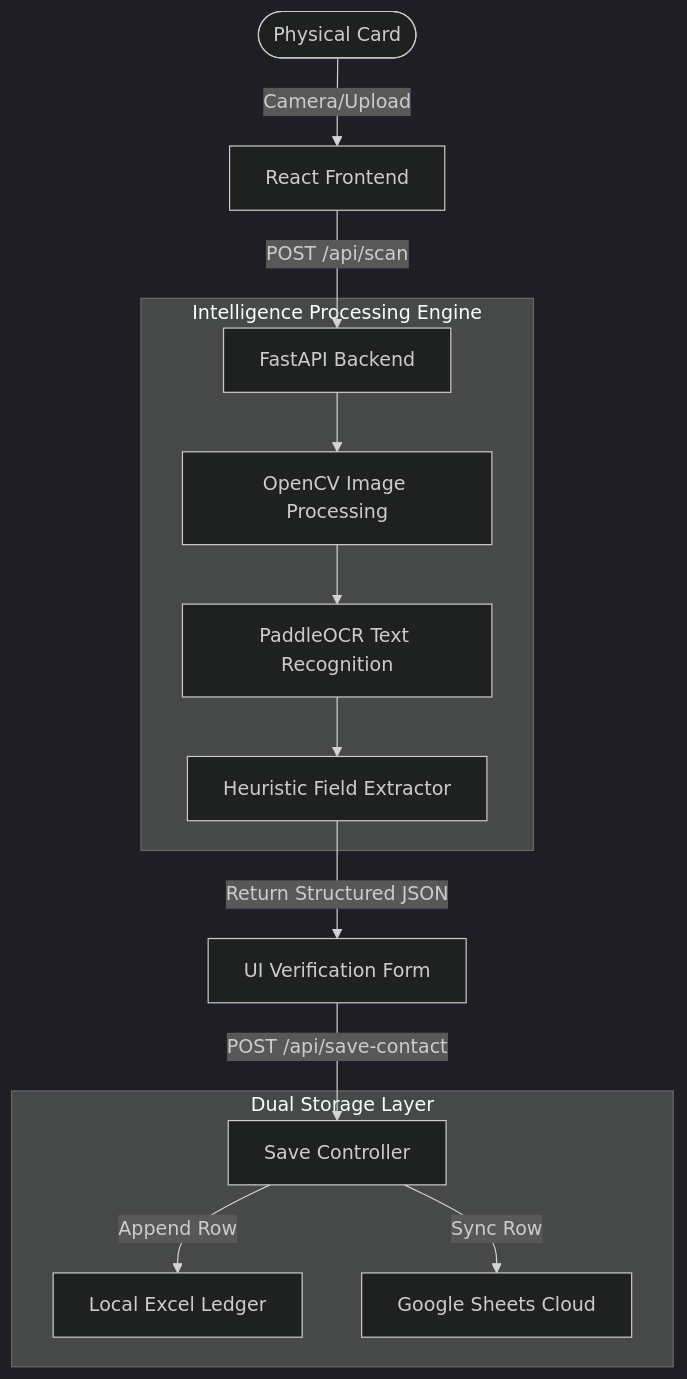
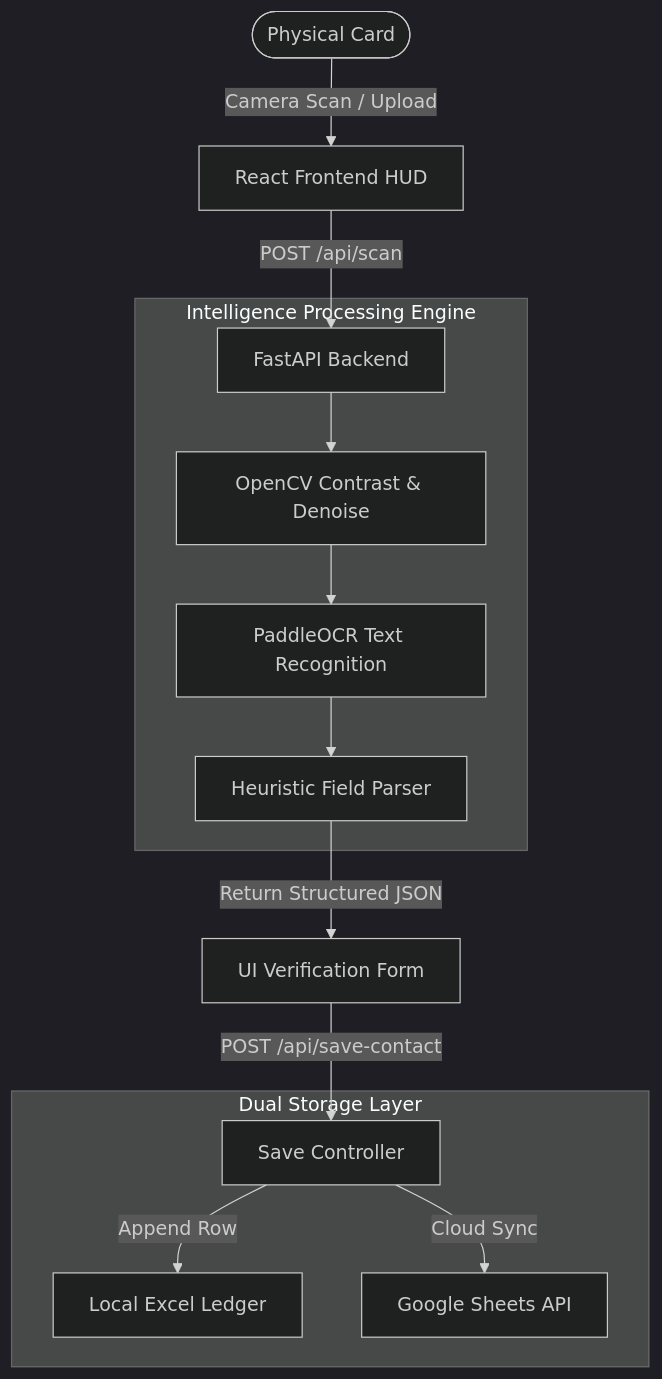
Before and after one commit to KhannakPGupta/CardSnap: the diagram in README.md, drawn with Mermaid (dark theme). The commit also changed other lines of this file, not shown here.

````diff
--- a/README.md
+++ b/README.md
@@ -40,19 +50,19 @@
 ```mermaid
 graph TD
-    User([Physical Card]) -->|Camera/Upload| UI[React Frontend]
+    User([Physical Card]) -->|Camera Scan / Upload| UI[React Frontend HUD]
     UI -->|POST /api/scan| API[FastAPI Backend]
     
     subgraph Engine [Intelligence Processing Engine]
-        API --> OpenCV[OpenCV Image Processing]
+        API --> OpenCV[OpenCV Contrast & Denoise]
         OpenCV --> OCR[PaddleOCR Text Recognition]
-        OCR --> Extract[Heuristic Field Extractor]
+        OCR --> Extract[Heuristic Field Parser]
     end
     
     Extract -->|Return Structured JSON| Review[UI Verification Form]
     Review -->|POST /api/save-contact| Save[Save Controller]
     
     subgraph Storage [Dual Storage Layer]
         Save -->|Append Row| LocalExcel[Local Excel Ledger]
-        Save -->|Sync Row| GSheets[Google Sheets Cloud]
+        Save -->|Cloud Sync| GSheets[Google Sheets API]
     end
 ```
````
